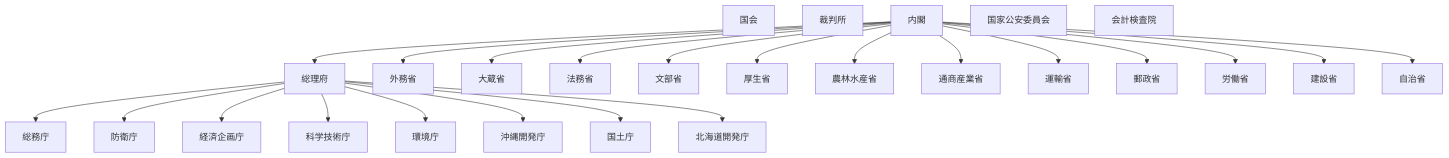
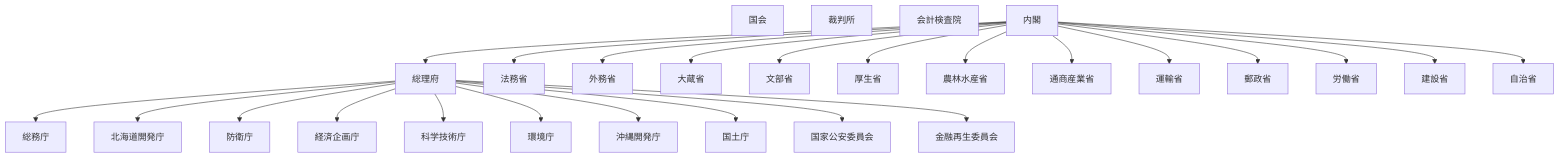
The diagram in README.md (tatemaru/jp-admin-org-chart), drawn with Mermaid before and after one commit. The commit also changed other lines of this file, not shown here.

First line of the commit message:
feat(金融再生委員会): 金融再生委員会を設置し再編前の1府22省庁を記録

````diff
--- a/README.md
+++ b/README.md
@@ -9,29 +9,30 @@
 ```mermaid
 flowchart TB
   Diet["国会"]
   Court["裁判所"]
+  Audit["会計検査院"]
   Cab["内閣"]
   Cab --> Sorifu["総理府"]
   Sorifu --> SomuCho["総務庁"]
+  Sorifu --> Hokkaido["北海道開発庁"]
   Sorifu --> Boei["防衛庁"]
-  Sorifu --> KeizaiKikaku["経済企画庁"]
+  Sorifu --> Keizai["経済企画庁"]
   Sorifu --> Kagaku["科学技術庁"]
   Sorifu --> Kankyo["環境庁"]
   Sorifu --> Okinawa["沖縄開発庁"]
   Sorifu --> Kokudo["国土庁"]
-  Sorifu --> Hokkaido["北海道開発庁"]
+  Sorifu --> NPA["国家公安委員会"]
+  Sorifu --> Kinyu["金融再生委員会"]
+  Cab --> Homu["法務省"]
   Cab --> Gaimu["外務省"]
   Cab --> Okura["大蔵省"]
-  Cab --> Homu["法務省"]
   Cab --> Mombu["文部省"]
   Cab --> Kosei["厚生省"]
   Cab --> Norin["農林水産省"]
   Cab --> Tsusan["通商産業省"]
   Cab --> Unyu["運輸省"]
   Cab --> Yusei["郵政省"]
   Cab --> Rodo["労働省"]
   Cab --> Kensetsu["建設省"]
   Cab --> Jichi["自治省"]
-  NPA["国家公安委員会"]
-  Audit["会計検査院"]
 ```
````
